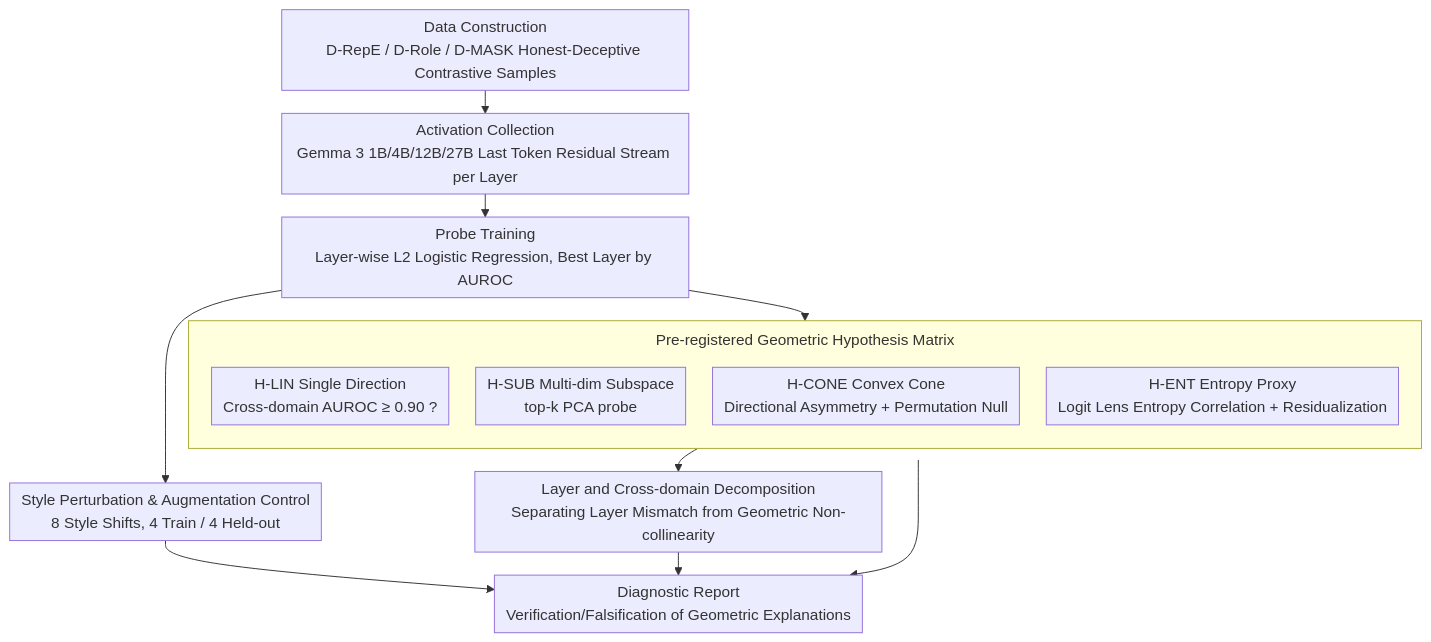
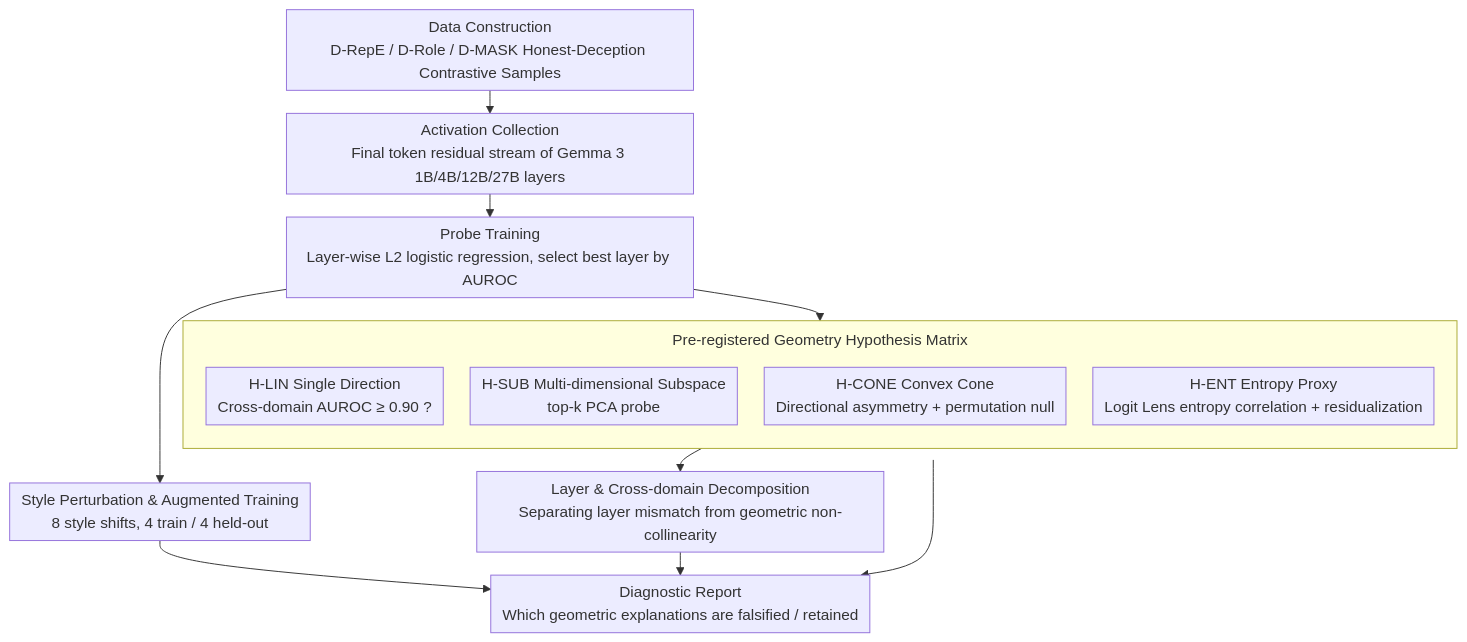
The diagram in docs/ACL2026/llm_evaluation/pressure-testing_deception_probes_in_llms_scaling_robustness_and_the_geometry_of.md (zhaoyang97/Paper-Notes-en), drawn with Mermaid before and after one commit. The commit also changed other lines of this file and 5084 other files, not shown here.

````diff
--- a/docs/ACL2026/llm_evaluation/pressure-testing_deception_probes_in_llms_scaling_robustness_and_the_geometry_of.md
+++ b/docs/ACL2026/llm_evaluation/pressure-testing_deception_probes_in_llms_scaling_robustness_and_the_geometry_of.md
@@ -51,20 +51,20 @@
 ```mermaid
 %%{init: {'flowchart': {'rankSpacing': 24, 'nodeSpacing': 28, 'padding': 6, 'wrappingWidth': 400, 'subGraphTitleMargin': {'top': 8, 'bottom': 16}}}}%%
 flowchart TD
-    DATA["Data Construction<br/>D-RepE / D-Role / D-MASK Honest-Deceptive Contrastive Samples"]
-    DATA --> ACT["Activation Collection<br/>Gemma 3 1B/4B/12B/27B Last Token Residual Stream per Layer"]
-    ACT --> PROBE["Probe Training<br/>Layer-wise L2 Logistic Regression, Best Layer by AUROC"]
+    DATA["Data Construction<br/>D-RepE / D-Role / D-MASK Honest-Deception Contrastive Samples"]
+    DATA --> ACT["Activation Collection<br/>Final token residual stream of Gemma 3 1B/4B/12B/27B layers"]
+    ACT --> PROBE["Probe Training<br/>Layer-wise L2 logistic regression, select best layer by AUROC"]
     PROBE --> MATRIX
-    subgraph MATRIX["Pre-registered Geometric Hypothesis Matrix"]
+    subgraph MATRIX["Pre-registered Geometry Hypothesis Matrix"]
         direction TB
         HLIN["H-LIN Single Direction<br/>Cross-domain AUROC ≥ 0.90 ?"]
-        HSUB["H-SUB Multi-dim Subspace<br/>top-k PCA probe"]
-        HCONE["H-CONE Convex Cone<br/>Directional Asymmetry + Permutation Null"]
-        HENT["H-ENT Entropy Proxy<br/>Logit Lens Entropy Correlation + Residualization"]
+        HSUB["H-SUB Multi-dimensional Subspace<br/>top-k PCA probe"]
+        HCONE["H-CONE Convex Cone<br/>Directional asymmetry + permutation null"]
+        HENT["H-ENT Entropy Proxy<br/>Logit Lens entropy correlation + residualization"]
     end
-    HLIN --> DECOMP["Layer and Cross-domain Decomposition<br/>Separating Layer Mismatch from Geometric Non-collinearity"]
-    PROBE --> STYLE["Style Perturbation & Augmentation Control<br/>8 Style Shifts, 4 Train / 4 Held-out"]
-    MATRIX --> REPORT["Diagnostic Report<br/>Verification/Falsification of Geometric Explanations"]
+    HLIN --> DECOMP["Layer & Cross-domain Decomposition<br/>Separating layer mismatch from geometric non-collinearity"]
+    PROBE --> STYLE["Style Perturbation & Augmented Training<br/>8 style shifts, 4 train / 4 held-out"]
+    MATRIX --> REPORT["Diagnostic Report<br/>Which geometric explanations are falsified / retained"]
     DECOMP --> REPORT
     STYLE --> REPORT
 ```
````
